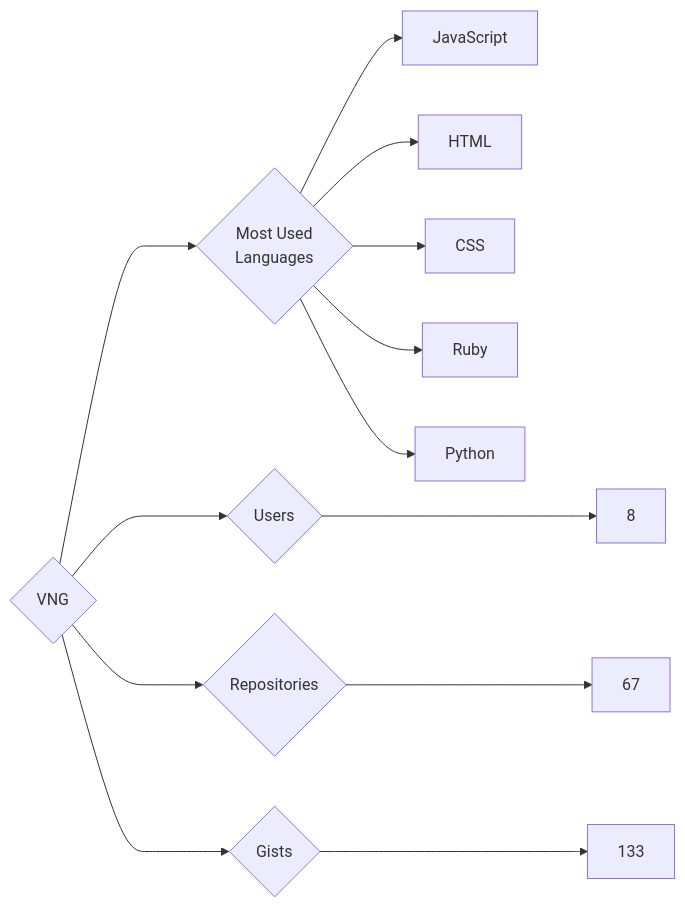
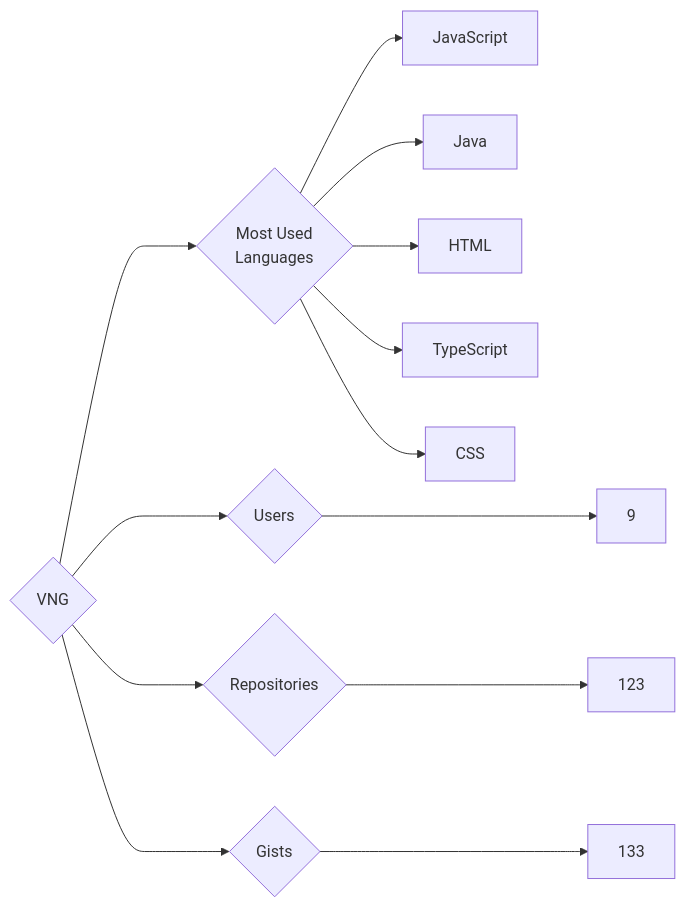
One commit to trickest/insiders changed the diagram in targets/VNG/README.md. Above: the diagram before and after it, drawn with Mermaid. The commit also changed 1508 other files, not shown here.

````diff
--- a/targets/VNG/README.md
+++ b/targets/VNG/README.md
@@ -3,13 +3,13 @@
 ```mermaid
 graph LR
 COMPANY_NAME{VNG}
-COMPANY_NAME ---> U{Users} ---> UN[8]
-COMPANY_NAME ---> R{Repositories} ---> RN[67]
+COMPANY_NAME ---> U{Users} ---> UN[9]
+COMPANY_NAME ---> R{Repositories} ---> RN[123]
 COMPANY_NAME ---> G{Gists} ---> GN[133]
 COMPANY_NAME ---> ML{Most Used<br>Languages}
 ML --> JavaScript[JavaScript]
+ML --> Java[Java]
 ML --> HTML[HTML]
+ML --> TypeScript[TypeScript]
 ML --> CSS[CSS]
-ML --> Ruby[Ruby]
-ML --> Python[Python]
 ```
````
